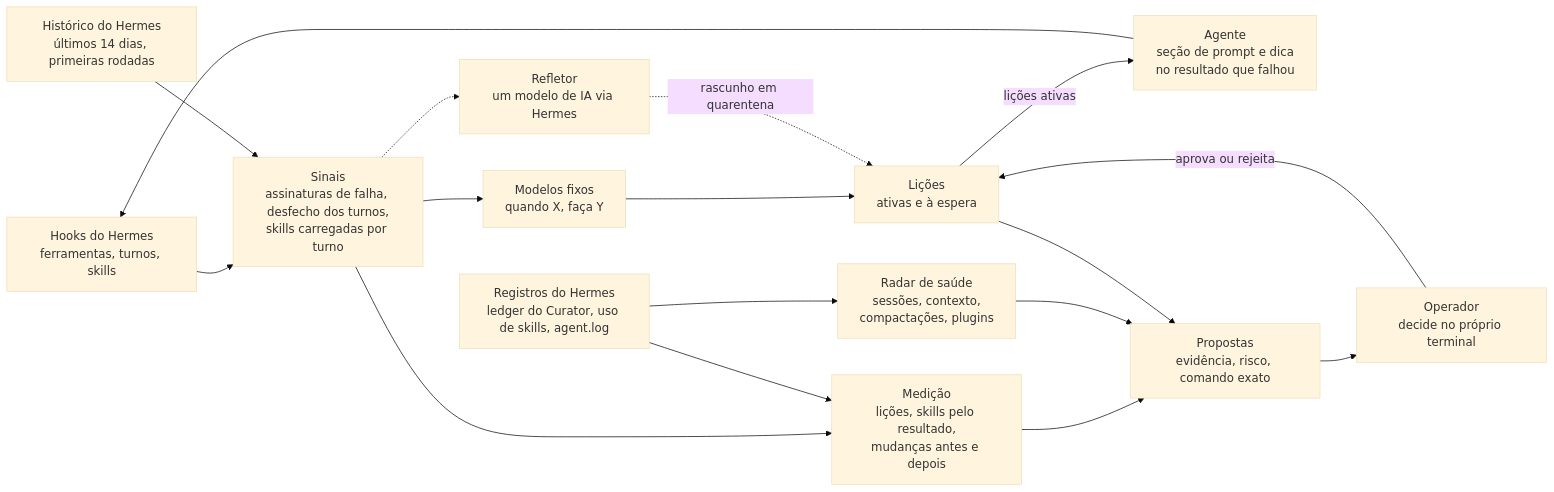
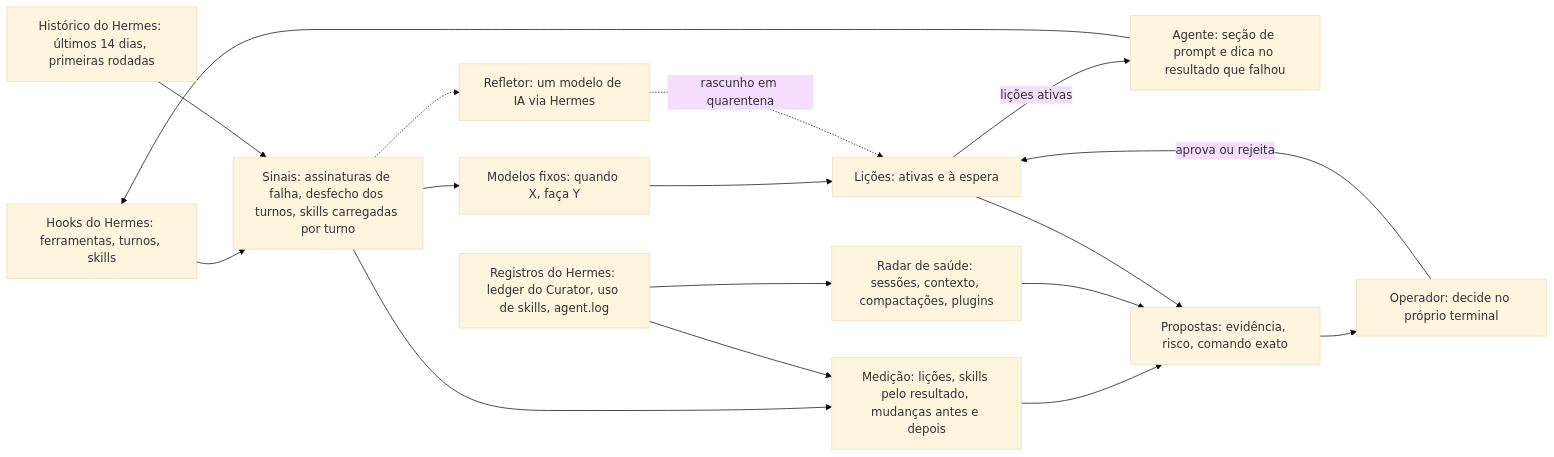
Before and after one commit to sesantanajr/hermes-atlas-evolution: the diagram in docs/pt-BR/evolution-loop.md, drawn with Mermaid (base theme). The commit also changed other lines of this file and 47 other files, not shown here.

````diff
--- a/docs/pt-BR/evolution-loop.md
+++ b/docs/pt-BR/evolution-loop.md
@@ -49,32 +49,32 @@
 ```mermaid
 flowchart LR
-    hooks["Hooks do Hermes<br/>ferramentas, turnos, skills"]
-    history["Histórico do Hermes<br/>últimos 14 dias, primeiras rodadas"]
-    records["Registros do Hermes<br/>ledger do Curator, uso de skills, agent.log"]
-    signals["Sinais<br/>assinaturas de falha, desfecho dos turnos,<br/>skills carregadas por turno"]
-    templates["Modelos fixos<br/>quando X, faça Y"]
-    reflector["Refletor<br/>um modelo de IA via Hermes"]
-    playbook["Lições<br/>ativas e à espera"]
-    agent["Agente<br/>seção de prompt e dica<br/>no resultado que falhou"]
-    measure["Medição<br/>lições, skills pelo resultado,<br/>mudanças antes e depois"]
-    radar["Radar de saúde<br/>sessões, contexto,<br/>compactações, plugins"]
-    proposals["Propostas<br/>evidência, risco, comando exato"]
-    operator["Operador<br/>decide no próprio terminal"]
+    hooks["Hooks do Hermes: ferramentas, turnos, skills"]
+    history["Histórico do Hermes: últimos 14 dias, primeiras rodadas"]
+    records["Registros do Hermes: ledger do Curator, uso de skills, agent.log"]
+    signals["Sinais: assinaturas de falha, desfecho dos turnos, skills carregadas por turno"]
+    templates["Modelos fixos: quando X, faça Y"]
+    reflector["Refletor: um modelo de IA via Hermes"]
+    playbook["Lições: ativas e à espera"]
+    agent["Agente: seção de prompt e dica no resultado que falhou"]
+    measure["Medição: lições, skills pelo resultado, mudanças antes e depois"]
+    radar["Radar de saúde: sessões, contexto, compactações, plugins"]
+    proposals["Propostas: evidência, risco, comando exato"]
+    operator["Operador: decide no próprio terminal"]
 
     hooks --> signals
     history --> signals
     signals --> templates
     templates --> playbook
     signals -.-> reflector
     reflector -.->|rascunho em quarentena| playbook
     playbook -->|lições ativas| agent
     agent --> hooks
     signals --> measure
     records --> measure
     records --> radar
     measure --> proposals
     radar --> proposals
     playbook --> proposals
     proposals --> operator
     operator -->|aprova ou rejeita| playbook
 ```
````
